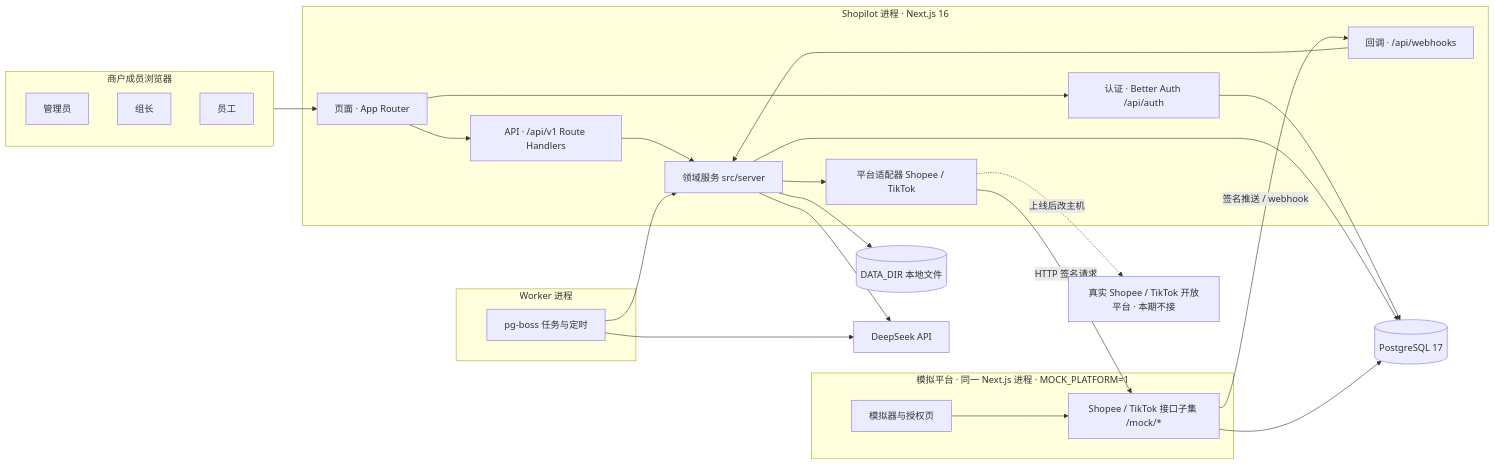
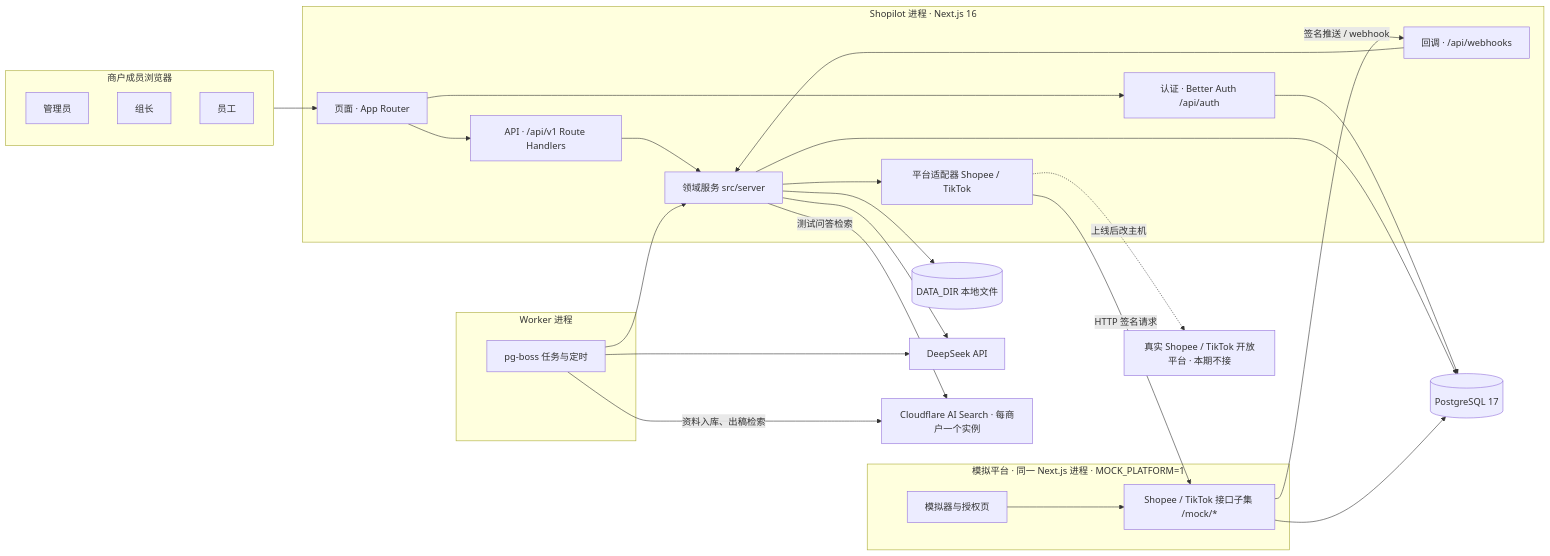
One commit to Bearisbug/shopilot changed the first of 30 diagrams in docs/DESIGN.md. Above: the diagram before and after it, drawn with Mermaid. The commit also changed other lines of this file, not shown here.

Commit message:
设计文档 v1.11：知识库一期（接待设置知识库页、Cloudflare AI Search 检索、出稿引用与测试问答）

````diff
--- a/docs/DESIGN.md
+++ b/docs/DESIGN.md
@@ -201,44 +675,47 @@
 ```mermaid
 flowchart LR
   subgraph users[商户成员浏览器]
     admin[管理员]
     lead[组长]
     agent[员工]
   end
   subgraph app[Shopilot 进程 · Next.js 16]
     pages[页面 · App Router]
     api[API · /api/v1 Route Handlers]
     hooks[回调 · /api/webhooks]
     auth[认证 · Better Auth /api/auth]
     core[领域服务 src/server]
     adapters[平台适配器 Shopee / TikTok]
   end
   subgraph worker[Worker 进程]
     jobs[pg-boss 任务与定时]
   end
   subgraph mock[模拟平台 · 同一 Next.js 进程 · MOCK_PLATFORM=1]
     mockapi[Shopee / TikTok 接口子集 /mock/*]
     sim[模拟器与授权页]
   end
   db[(PostgreSQL 17)]
   files[(DATA_DIR 本地文件)]
   ds[DeepSeek API]
+  cfs[Cloudflare AI Search · 每商户一个实例]
   real[真实 Shopee / TikTok 开放平台 · 本期不接]
   users --> pages
   pages --> api
   pages --> auth
   api --> core
   hooks --> core
   auth --> db
   core --> db
   core --> files
   core --> adapters
   jobs --> core
   jobs --> ds
   core --> ds
+  jobs -->|资料入库、出稿检索| cfs
+  core -->|测试问答检索| cfs
   adapters -->|HTTP 签名请求| mockapi
   adapters -.->|上线后改主机| real
   mockapi --> db
   sim --> mockapi
   mockapi -->|签名推送 / webhook| hooks
 ```
````
